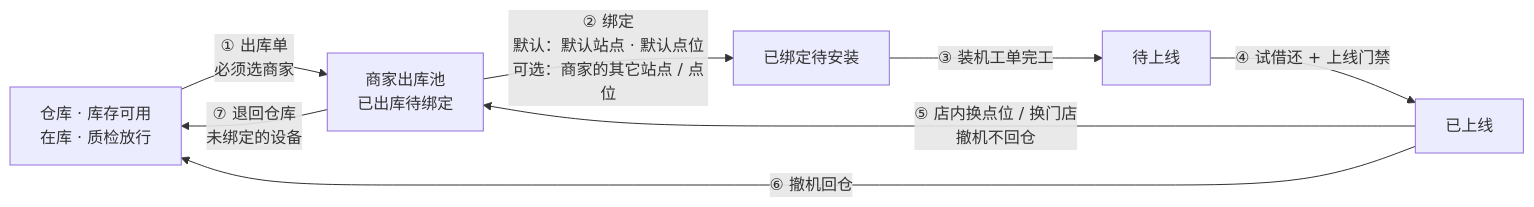
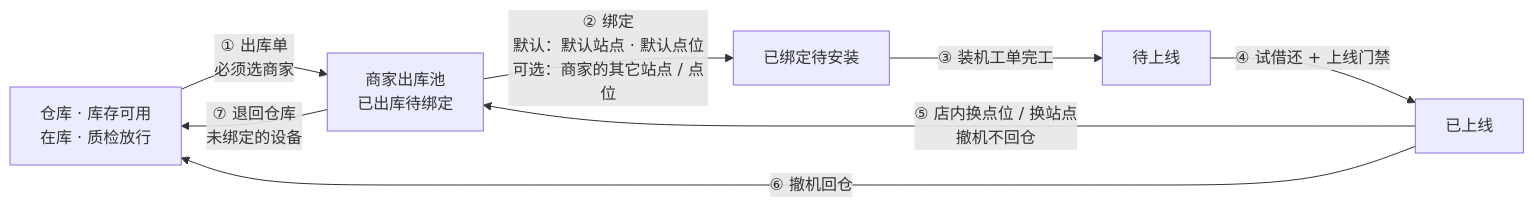
Before and after one commit to robinwu2021-code/sharehub: the second of 2 diagrams in docs/technical/设备绑定与商家归属-现状分析.md, drawn with Mermaid. The commit also changed other lines of this file and 2 other files, not shown here.

````diff
--- a/docs/technical/设备绑定与商家归属-现状分析.md
+++ b/docs/technical/设备绑定与商家归属-现状分析.md
@@ -167,10 +167,10 @@
 ```mermaid
 flowchart LR
   WH[仓库 · 库存可用<br/>在库 · 质检放行] -->|① 出库单<br/>必须选商家| POOL[商家出库池<br/>已出库待绑定]
   POOL -->|② 绑定<br/>默认：默认站点 · 默认点位<br/>可选：商家的其它站点 / 点位| BOUND[已绑定待安装]
   BOUND -->|③ 装机工单完工| WAIT[待上线]
   WAIT -->|④ 试借还 + 上线门禁| LIVE[已上线]
-  LIVE -->|⑤ 店内换点位 / 换门店<br/>撤机不回仓| POOL
+  LIVE -->|⑤ 店内换点位 / 换站点<br/>撤机不回仓| POOL
   LIVE -->|⑥ 撤机回仓| WH
   POOL -->|⑦ 退回仓库<br/>未绑定的设备| WH
 ```
````
